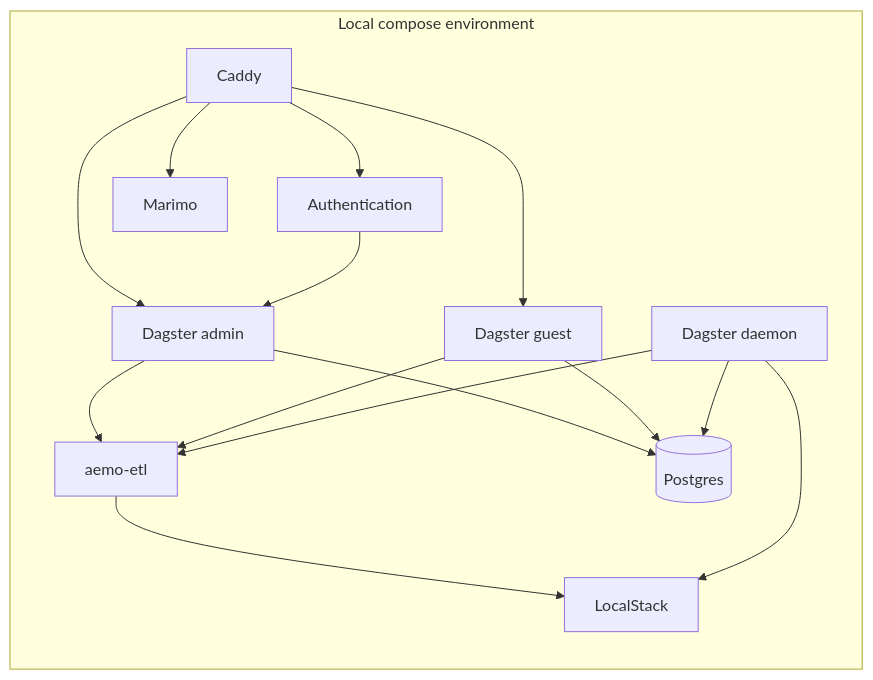
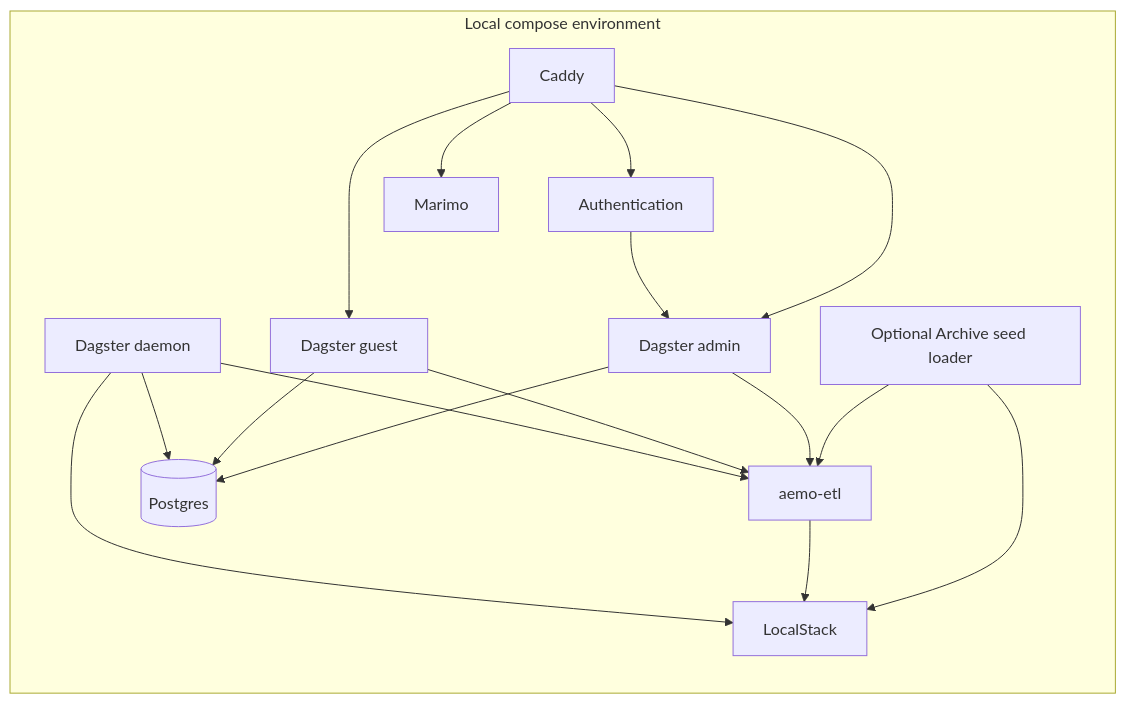
One commit to Chr1sC0de/energy-market-delta-lake changed the second of 2 diagrams in docs/architecture.md. Above: the diagram before and after it, drawn with Mermaid. The commit also changed other lines of this file and 15 other files, not shown here.

Commit message:
Implement issue #52: Build cached Archive seed refresh for AEMO ETL e2e

````diff
--- a/docs/architecture.md
+++ b/docs/architecture.md
@@ -78,28 +78,31 @@
 ```mermaid
 flowchart LR
   subgraph Local[Local compose environment]
     CADDY[Caddy]
     AUTH[Authentication]
     ADMIN[Dagster admin]
     GUEST[Dagster guest]
     DAEMON[Dagster daemon]
+    SEED[Optional Archive seed loader]
     USERCODE[aemo-etl]
     LS[LocalStack]
     PG[(Postgres)]
     MARIMO[Marimo]
   end
 
   CADDY --> AUTH
   CADDY --> ADMIN
   CADDY --> GUEST
   CADDY --> MARIMO
   AUTH --> ADMIN
+  SEED --> LS
+  SEED --> USERCODE
   ADMIN --> USERCODE
   GUEST --> USERCODE
   DAEMON --> USERCODE
   USERCODE --> LS
   DAEMON --> LS
   ADMIN --> PG
   GUEST --> PG
   DAEMON --> PG
 ```
````
